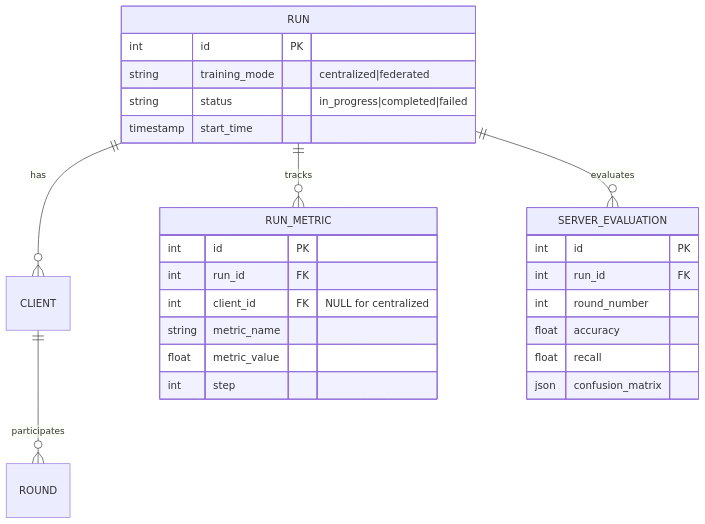
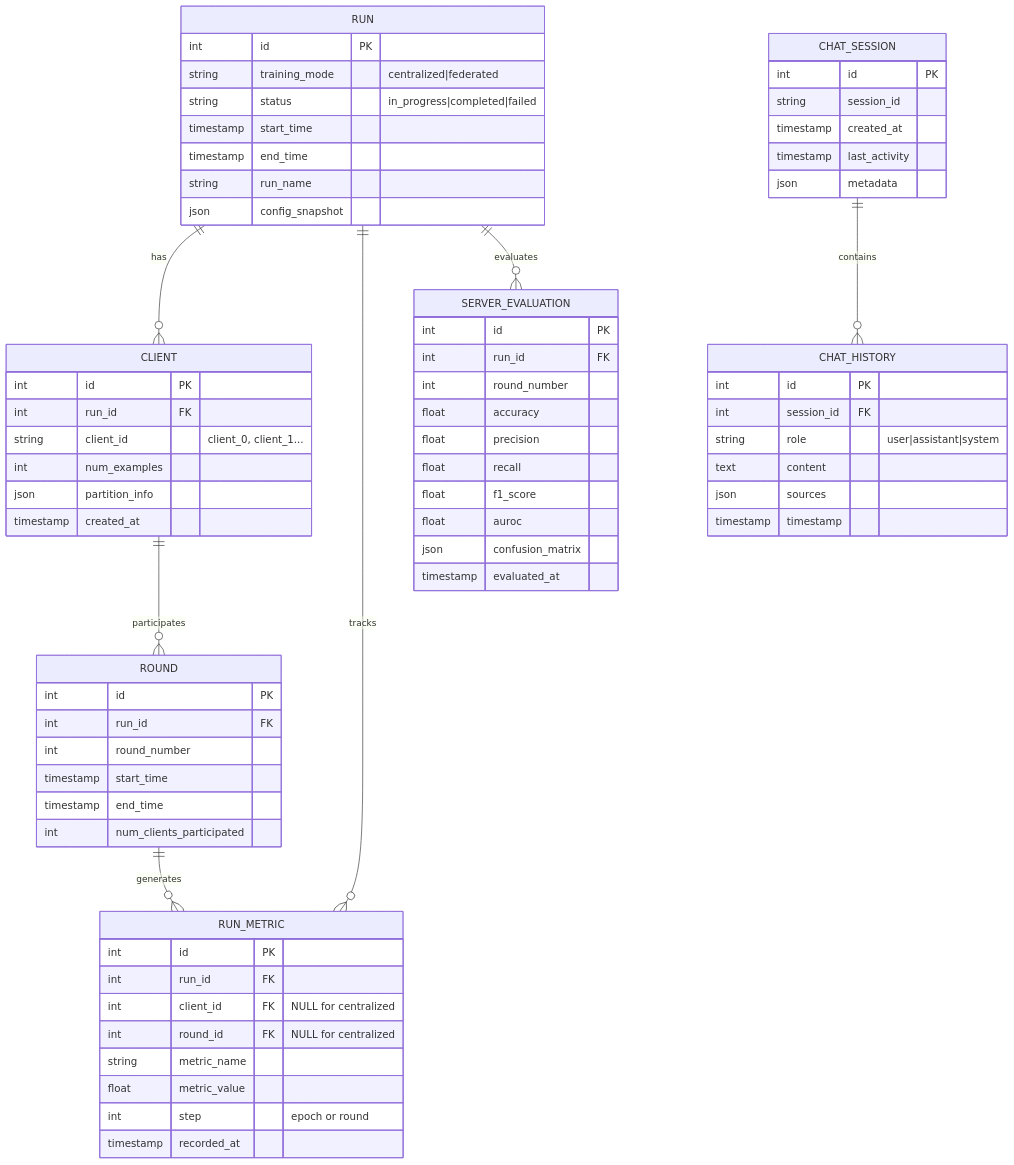
The second of 8 diagrams in federated_pneumonia_detection/src/boundary/README.md (h19overflow/federated_learning), drawn with Mermaid before and after one commit. The commit also changed other lines of this file and 8 other files, not shown here.

````diff
--- a/federated_pneumonia_detection/src/boundary/README.md
+++ b/federated_pneumonia_detection/src/boundary/README.md
@@ -35,32 +66,78 @@
 ```mermaid
 erDiagram
     RUN ||--o{ CLIENT : "has"
     RUN ||--o{ RUN_METRIC : "tracks"
     RUN ||--o{ SERVER_EVALUATION : "evaluates"
     CLIENT ||--o{ ROUND : "participates"
+    ROUND ||--o{ RUN_METRIC : "generates"
+    CHAT_SESSION ||--o{ CHAT_HISTORY : "contains"
 
     RUN {
         int id PK
         string training_mode "centralized|federated"
         string status "in_progress|completed|failed"
         timestamp start_time
+        timestamp end_time
+        string run_name
+        json config_snapshot
+    }
+
+    CLIENT {
+        int id PK
+        int run_id FK
+        string client_id "client_0, client_1..."
+        int num_examples
+        json partition_info
+        timestamp created_at
+    }
+
+    ROUND {
+        int id PK
+        int run_id FK
+        int round_number
+        timestamp start_time
+        timestamp end_time
+        int num_clients_participated
     }
 
     RUN_METRIC {
         int id PK
         int run_id FK
         int client_id FK "NULL for centralized"
+        int round_id FK "NULL for centralized"
         string metric_name
         float metric_value
-        int step
+        int step "epoch or round"
+        timestamp recorded_at
     }
 
     SERVER_EVALUATION {
         int id PK
         int run_id FK
         int round_number
         float accuracy
+        float precision
         float recall
+        float f1_score
+        float auroc
         json confusion_matrix
+        timestamp evaluated_at
+    }
+
+    CHAT_SESSION {
+        int id PK
+        string session_id
+        timestamp created_at
+        timestamp last_activity
+        json metadata
+    }
+
+    CHAT_HISTORY {
+        int id PK
+        int session_id FK
+        string role "user|assistant|system"
+        text content
+        json sources
+        timestamp timestamp
     }
 ```
````
